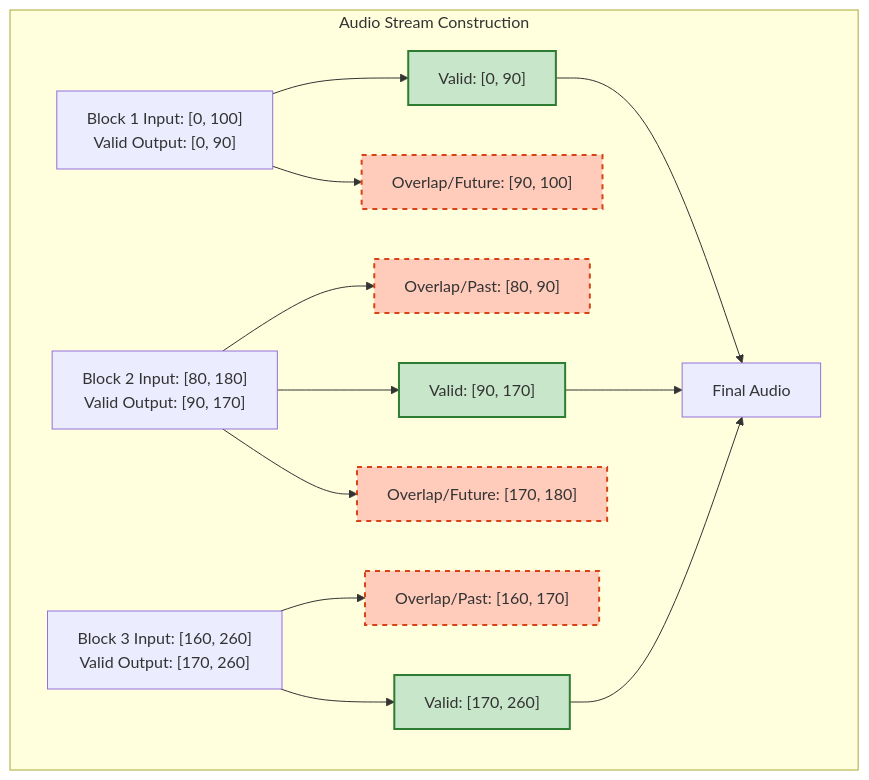
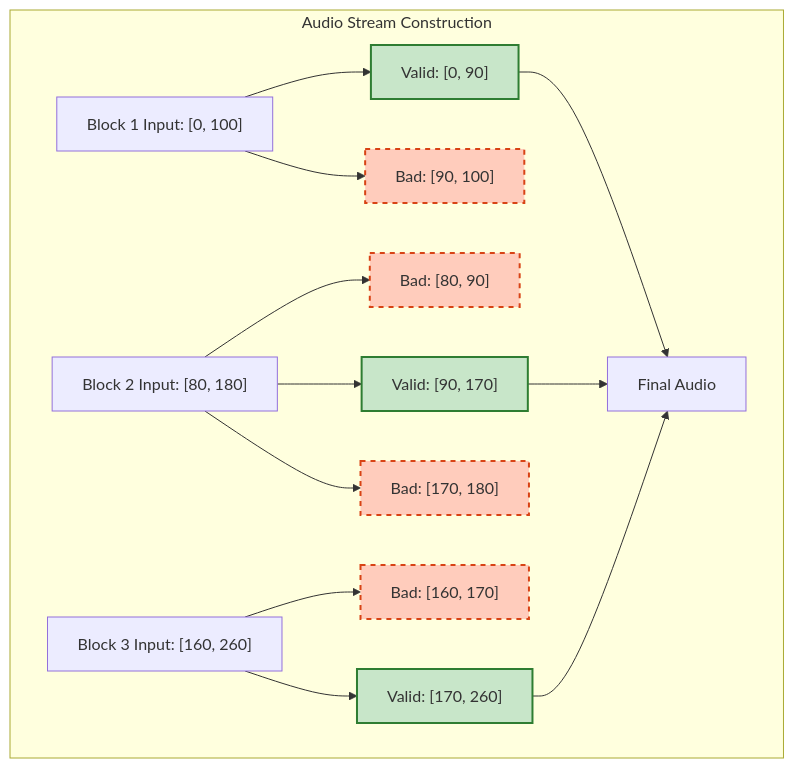
Before and after one commit to sshumihi/openvino: the fourth of 4 diagrams in src/plugins/intel_npu/docs/design/npuw_decomposition_kokoro-82m.md, drawn with Mermaid.

Commit message:
Fix documentation diagram

````diff
--- a/src/plugins/intel_npu/docs/design/npuw_decomposition_kokoro-82m.md
+++ b/src/plugins/intel_npu/docs/design/npuw_decomposition_kokoro-82m.md
@@ -219,30 +219,30 @@
 ```mermaid
 graph TD
     subgraph Stream [Audio Stream Construction]
-        B1["Block 1 Input: [0, 100]<br>Valid Output: [0, 90]"]
-        B2["Block 2 Input: [80, 180]<br>Valid Output: [90, 170]"]
-        B3["Block 3 Input: [160, 260]<br>Valid Output: [170, 260]"]
+        B1["Block 1 Input: [0, 100]"]
+        B2["Block 2 Input: [80, 180]"]
+        B3["Block 3 Input: [160, 260]"]
 
         B1_Valid["Valid: [0, 90]"]:::keep
-        B1_Bad["Overlap/Future: [90, 100]"]:::discard
+        B1_Bad["Bad: [90, 100]"]:::discard
         
-        B2_BadL["Overlap/Past: [80, 90]"]:::discard
+        B2_BadL["Bad: [80, 90]"]:::discard
         B2_Valid["Valid: [90, 170]"]:::keep
-        B2_BadR["Overlap/Future: [170, 180]"]:::discard
+        B2_BadR["Bad: [170, 180]"]:::discard
         
-        B3_BadL["Overlap/Past: [160, 170]"]:::discard
+        B3_BadL["Bad: [160, 170]"]:::discard
         B3_Valid["Valid: [170, 260]"]:::keep
         
         B1 --> B1_Valid & B1_Bad
         B2 --> B2_BadL & B2_Valid & B2_BadR
         B3 --> B3_BadL & B3_Valid
         
         Final[Final Audio]
         B1_Valid --> Final
         B2_Valid --> Final
         B3_Valid --> Final
     end
 
     classDef keep fill:#c8e6c9,stroke:#2e7d32,stroke-width:2px;
     classDef discard fill:#ffccbc,stroke:#d84315,stroke-width:2px,stroke-dasharray: 5 5;
 ```   
````
